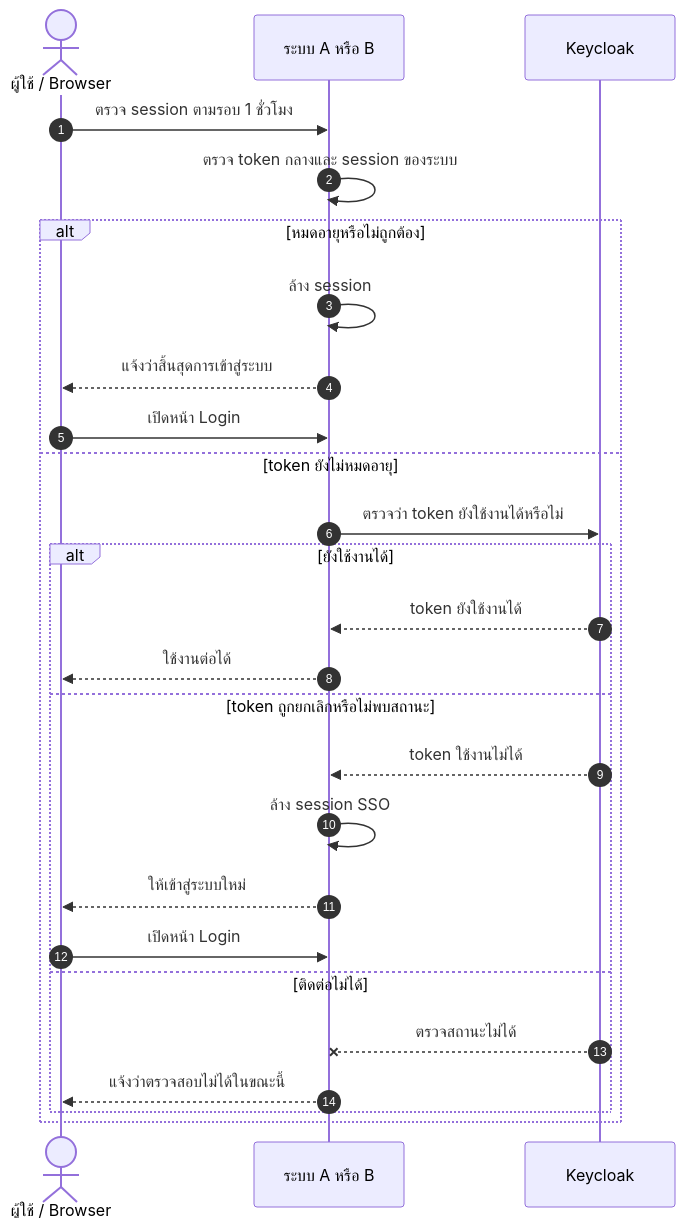
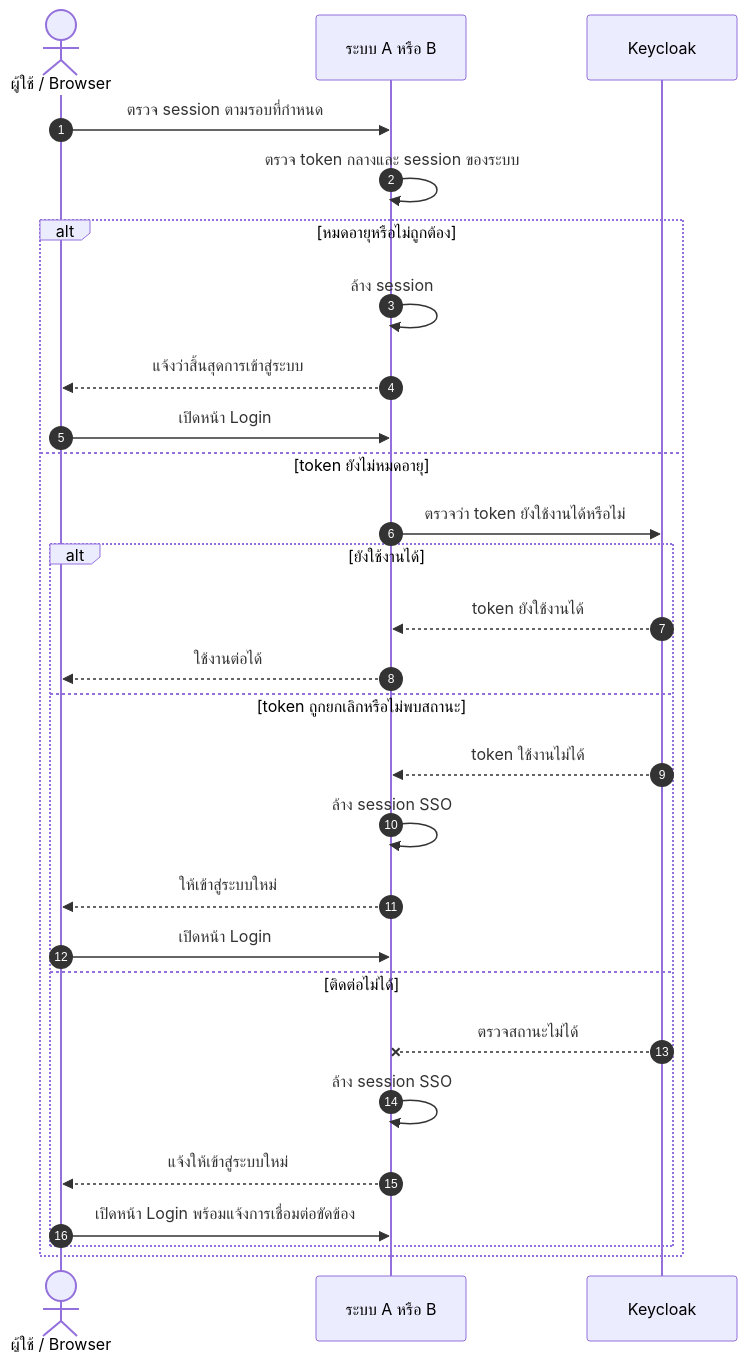
One commit to Sin1apachai/poc_sso changed diagram 13 of 22 in docs/flows/LOGIN-AND-SESSION.md. Above: the diagram before and after it, drawn with Mermaid. The commit also changed other lines of this file and 19 other files, not shown here.

````diff
--- a/docs/flows/LOGIN-AND-SESSION.md
+++ b/docs/flows/LOGIN-AND-SESSION.md
@@ -329,28 +329,30 @@
 ```mermaid
 sequenceDiagram
     autonumber
     actor U as ผู้ใช้ / Browser
     participant A as ระบบ A หรือ B
     participant K as Keycloak
-    U->>A: ตรวจ session ตามรอบ 1 ชั่วโมง
+    U->>A: ตรวจ session ตามรอบที่กำหนด
     A->>A: ตรวจ token กลางและ session ของระบบ
     alt หมดอายุหรือไม่ถูกต้อง
         A->>A: ล้าง session
         A-->>U: แจ้งว่าสิ้นสุดการเข้าสู่ระบบ
         U->>A: เปิดหน้า Login
     else token ยังไม่หมดอายุ
         A->>K: ตรวจว่า token ยังใช้งานได้หรือไม่
         alt ยังใช้งานได้
             K-->>A: token ยังใช้งานได้
             A-->>U: ใช้งานต่อได้
         else token ถูกยกเลิกหรือไม่พบสถานะ
             K-->>A: token ใช้งานไม่ได้
             A->>A: ล้าง session SSO
             A-->>U: ให้เข้าสู่ระบบใหม่
             U->>A: เปิดหน้า Login
         else ติดต่อไม่ได้
             K--xA: ตรวจสถานะไม่ได้
-            A-->>U: แจ้งว่าตรวจสอบไม่ได้ในขณะนี้
+            A->>A: ล้าง session SSO
+            A-->>U: แจ้งให้เข้าสู่ระบบใหม่
+            U->>A: เปิดหน้า Login พร้อมแจ้งการเชื่อมต่อขัดข้อง
         end
     end
 ```
````
